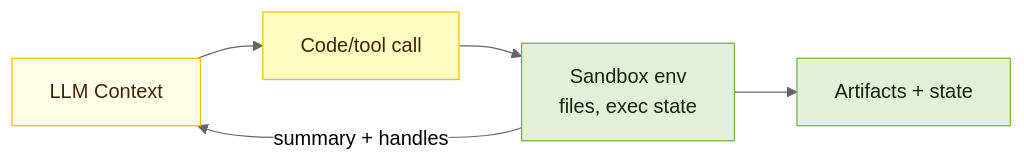
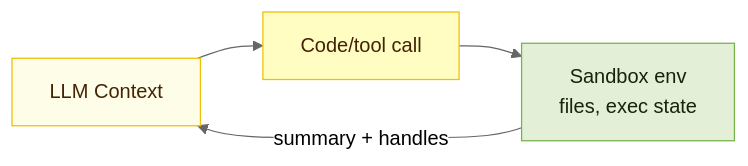
Diagram 12 of 13 in data/blogs/context-engineering-for-ai-agents.mdx (artreimus/ylang-labs-blog), drawn with Mermaid (neutral theme) before and after one commit. The commit also changed other lines of this file and 3 other files, not shown here.

````diff
--- a/data/blogs/context-engineering-for-ai-agents.mdx
+++ b/data/blogs/context-engineering-for-ai-agents.mdx
@@ -692,10 +683,9 @@
 ```mermaid
 flowchart LR
   classDef primary fill:#fffdc2,stroke:#efc003,stroke-width:1px,color:#432305;
   classDef secondary fill:#e3f0d7,stroke:#75b34a,stroke-width:1px,color:#16240f;
   classDef ctx fill:#fefde8,stroke:#efc003,stroke-width:1px,color:#432305;
 
   LLM["LLM Context"]:::ctx --> CODE["Code/tool call"]:::primary --> SBX["Sandbox env<br/>files, exec state"]:::secondary
-  SBX --> ART["Artifacts + state"]:::secondary
   SBX -->|summary + handles| LLM
 ```
````
